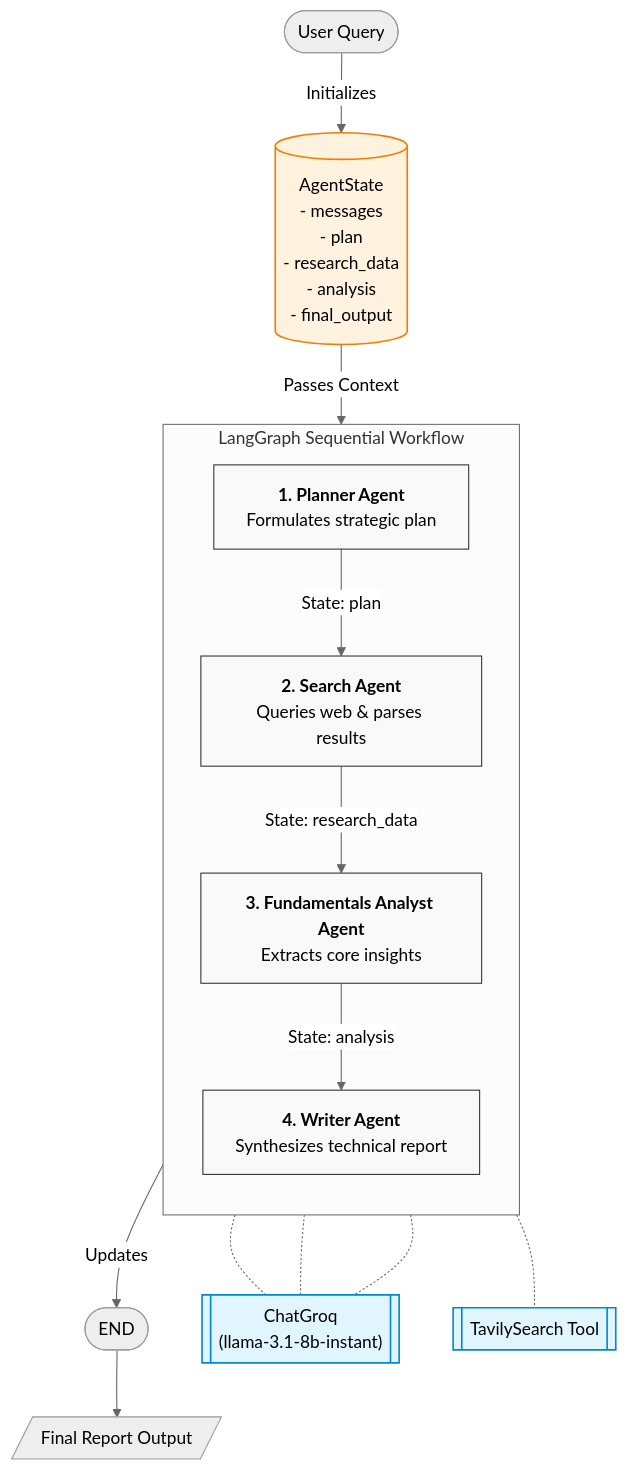
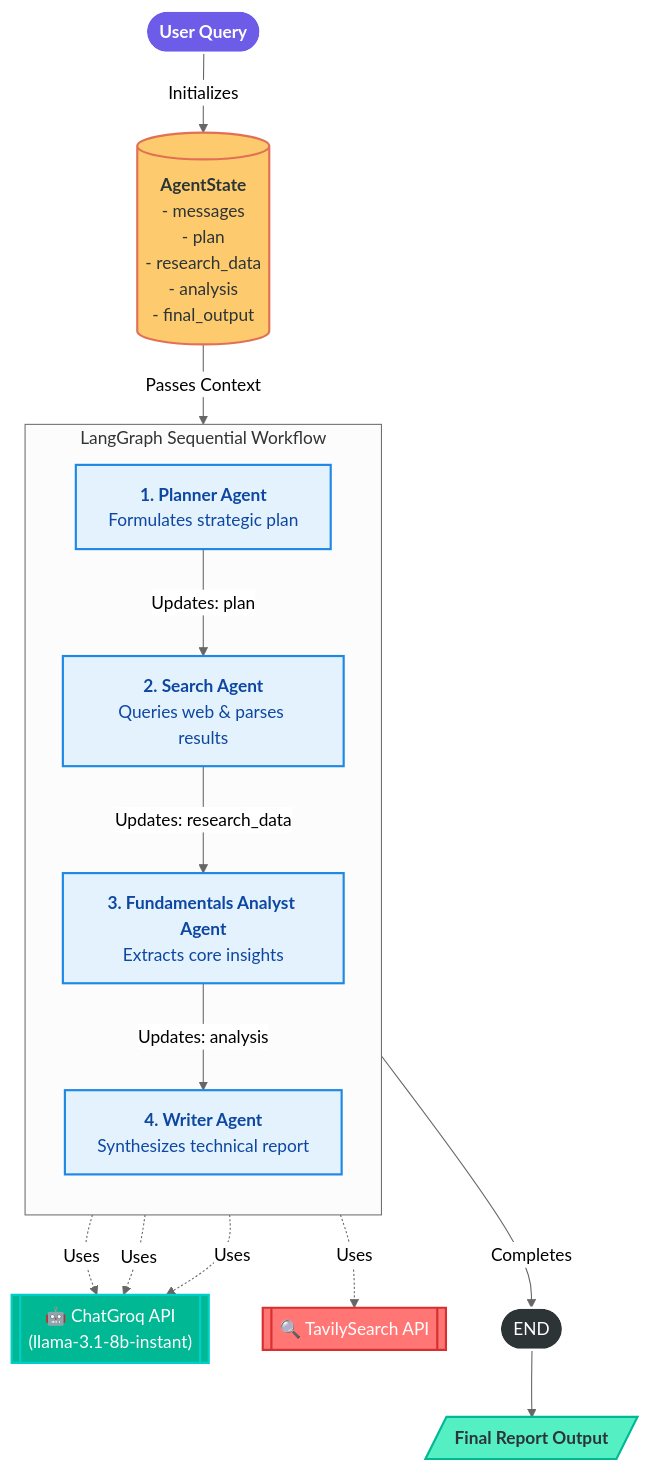
Before and after one commit to AashleshaS/JAVASCRIPT_LAB: the diagram in README.md, drawn with Mermaid (neutral theme).

````diff
--- a/README.md
+++ b/README.md
@@ -1,44 +1,45 @@
 ```mermaid
 graph TD
     %% Define User and State
-    User([User Query]) -->|Initializes| State[(AgentState\n- messages\n- plan\n- research_data\n- analysis\n- final_output)]
+    User([<b>User Query</b>]):::userClass -->|Initializes| State[(<b>AgentState</b><br/>- messages<br/>- plan<br/>- research_data<br/>- analysis<br/>- final_output)]:::stateClass
+
+    %% Tools (Placed outside for clear routing)
+    GroqLLM[["🤖 ChatGroq API<br/>(llama-3.1-8b-instant)"]]:::llmClass
+    TavilyTool[["🔍 TavilySearch API"]]:::toolClass
 
     %% LangGraph Workflow
     subgraph LangGraph ["LangGraph Sequential Workflow"]
         direction TB
         
-        Planner["<b>1. Planner Agent</b><br/>Formulates strategic plan"]
-        SearchAgent["<b>2. Search Agent</b><br/>Queries web & parses results"]
-        Analyst["<b>3. Fundamentals Analyst Agent</b><br/>Extracts core insights"]
-        Writer["<b>4. Writer Agent</b><br/>Synthesizes technical report"]
+        Planner["<b>1. Planner Agent</b><br/>Formulates strategic plan"]:::agentClass
+        SearchAgent["<b>2. Search Agent</b><br/>Queries web & parses results"]:::agentClass
+        Analyst["<b>3. Fundamentals Analyst Agent</b><br/>Extracts core insights"]:::agentClass
+        Writer["<b>4. Writer Agent</b><br/>Synthesizes technical report"]:::agentClass
 
-        Planner -->|State: plan| SearchAgent
-        SearchAgent -->|State: research_data| Analyst
-        Analyst -->|State: analysis| Writer
+        Planner -->|Updates: plan| SearchAgent
+        SearchAgent -->|Updates: research_data| Analyst
+        Analyst -->|Updates: analysis| Writer
     end
 
     %% Agent State Flow
     State -->|Passes Context| Planner
-    Writer -->|Updates| END([END])
+    Writer -->|Completes| END([END]):::endClass
 
-    %% Tool & Model Integrations
-    GroqLLM[["ChatGroq\n(llama-3.1-8b-instant)"]]
-    TavilyTool[["TavilySearch Tool"]]
-
-    Planner -.- GroqLLM
-    SearchAgent -.- TavilyTool
-    Analyst -.- GroqLLM
-    Writer -.- GroqLLM
+    %% FIXED Tool Bindings (Explicit directional mapping)
+    Planner -.->|Uses| GroqLLM
+    SearchAgent -.->|Uses| TavilyTool
+    Analyst -.->|Uses| GroqLLM
+    Writer -.->|Uses| GroqLLM
 
     %% Final Output
-    END --> FinalReport[/Final Report Output/]
+    END --> FinalReport[/<b>Final Report Output</b>/]:::outputClass
 
-    %% Styling
-    classDef agent fill:#f9f9f9,stroke:#333,stroke-width:1px;
-    classDef tool fill:#e1f5fe,stroke:#0288d1,stroke-width:1.5px;
-    classDef state fill:#fff3e0,stroke:#f57c00,stroke-width:1.5px;
-    
-    class Planner,SearchAgent,Analyst,Writer agent;
-    class GroqLLM,TavilyTool tool;
-    class State state;
+    %% Modern Color Styling
+    classDef userClass fill:#6c5ce7,stroke:#fff,stroke-width:2px,color:#fff;
+    classDef stateClass fill:#fdcb6e,stroke:#e17055,stroke-width:2px,color:#2d3436;
+    classDef agentClass fill:#e3f2fd,stroke:#1e88e5,stroke-width:2px,color:#0d47a1;
+    classDef llmClass fill:#00b894,stroke:#00cec9,stroke-width:2px,color:#fff;
+    classDef toolClass fill:#ff7675,stroke:#d63031,stroke-width:2px,color:#fff;
+    classDef endClass fill:#2d3436,stroke:#fff,stroke-width:2px,color:#fff;
+    classDef outputClass fill:#55efc4,stroke:#00b894,stroke-width:2px,color:#2d3436;
 ```
````
